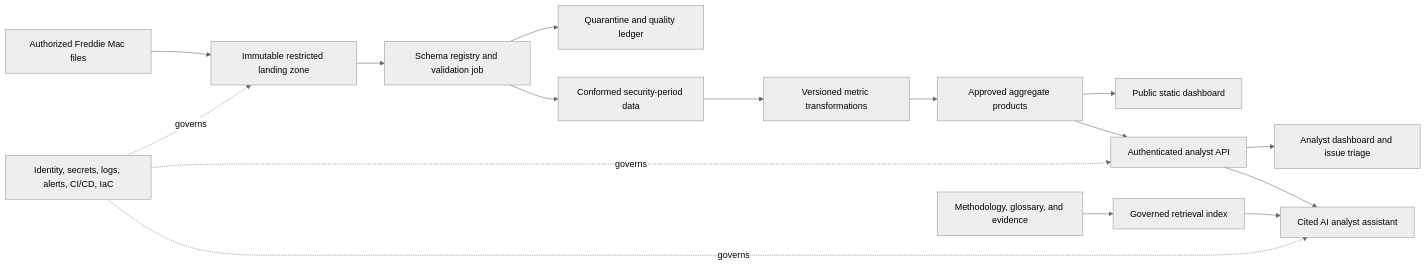
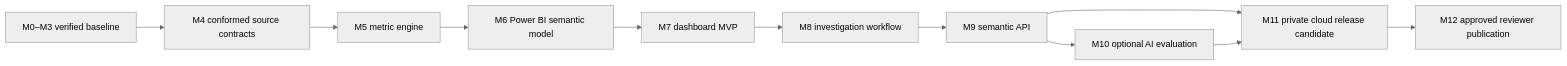
The diagram in .project/refinement-plan.md (vaibhavkhuranaaa/freddie-mac-mbs-disclosure-analytics), drawn with Mermaid (neutral theme) before and after one commit. The commit also changed other lines of this file and 35 other files, not shown here.

Commit message:
feat: prepare governed MBS BI roadmap

````diff
--- a/.project/refinement-plan.md
+++ b/.project/refinement-plan.md
@@ -112,18 +44,13 @@
 ```mermaid
 flowchart LR
-  A["Authorized Freddie Mac files"] --> B["Immutable restricted landing zone"]
-  B --> C["Schema registry and validation job"]
-  C --> D["Quarantine and quality ledger"]
-  C --> E["Conformed security-period data"]
-  E --> F["Versioned metric transformations"]
-  F --> G["Approved aggregate products"]
-  G --> H["Public static dashboard"]
-  G --> I["Authenticated analyst API"]
-  I --> J["Analyst dashboard and issue triage"]
-  K["Methodology, glossary, and evidence"] --> L["Governed retrieval index"]
-  I --> M["Cited AI analyst assistant"]
-  L --> M
-  N["Identity, secrets, logs, alerts, CI/CD, IaC"] -. governs .-> B
-  N -. governs .-> I
-  N -. governs .-> M
+  A["M0–M3 verified baseline"] --> B["M4 conformed source contracts"]
+  B --> C["M5 metric engine"]
+  C --> D["M6 Power BI semantic model"]
+  D --> E["M7 dashboard MVP"]
+  E --> F["M8 investigation workflow"]
+  F --> G["M9 semantic API"]
+  G --> H["M10 optional AI evaluation"]
+  G --> I["M11 private cloud release candidate"]
+  H --> I
+  I --> J["M12 approved reviewer publication"]
 ```
````
